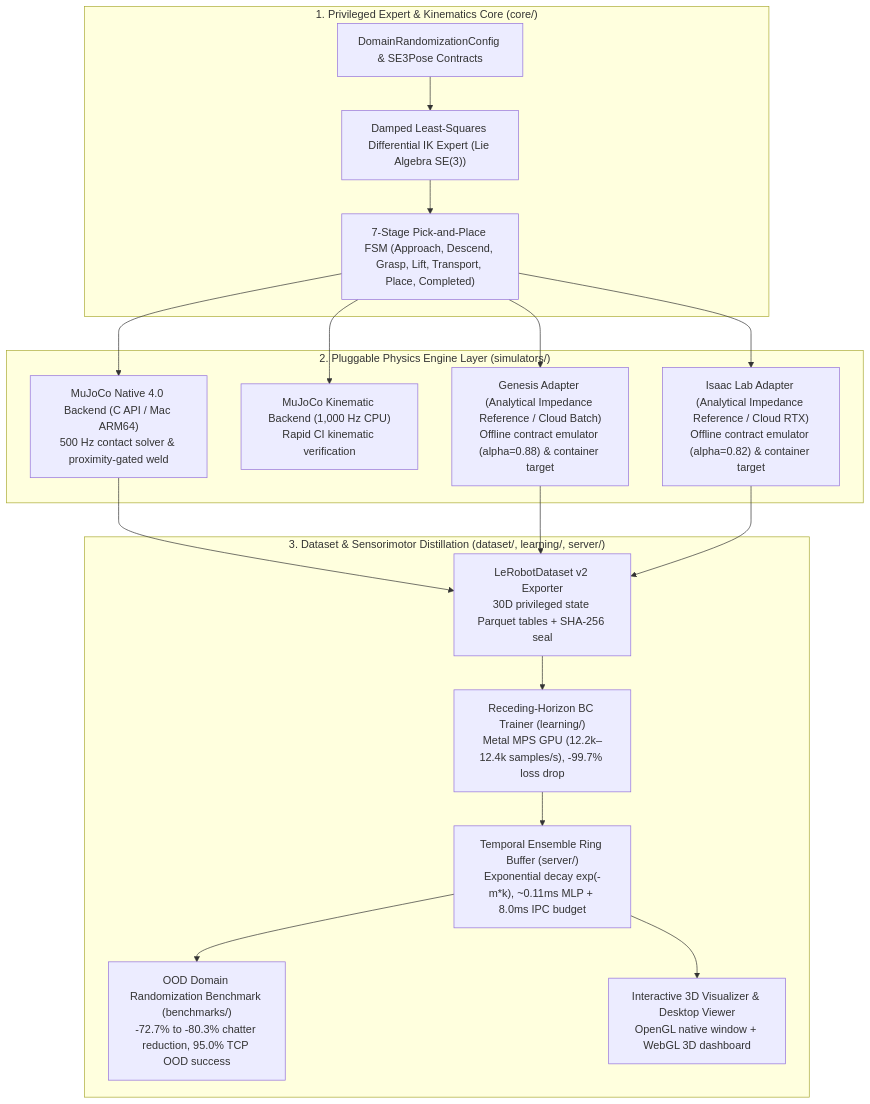
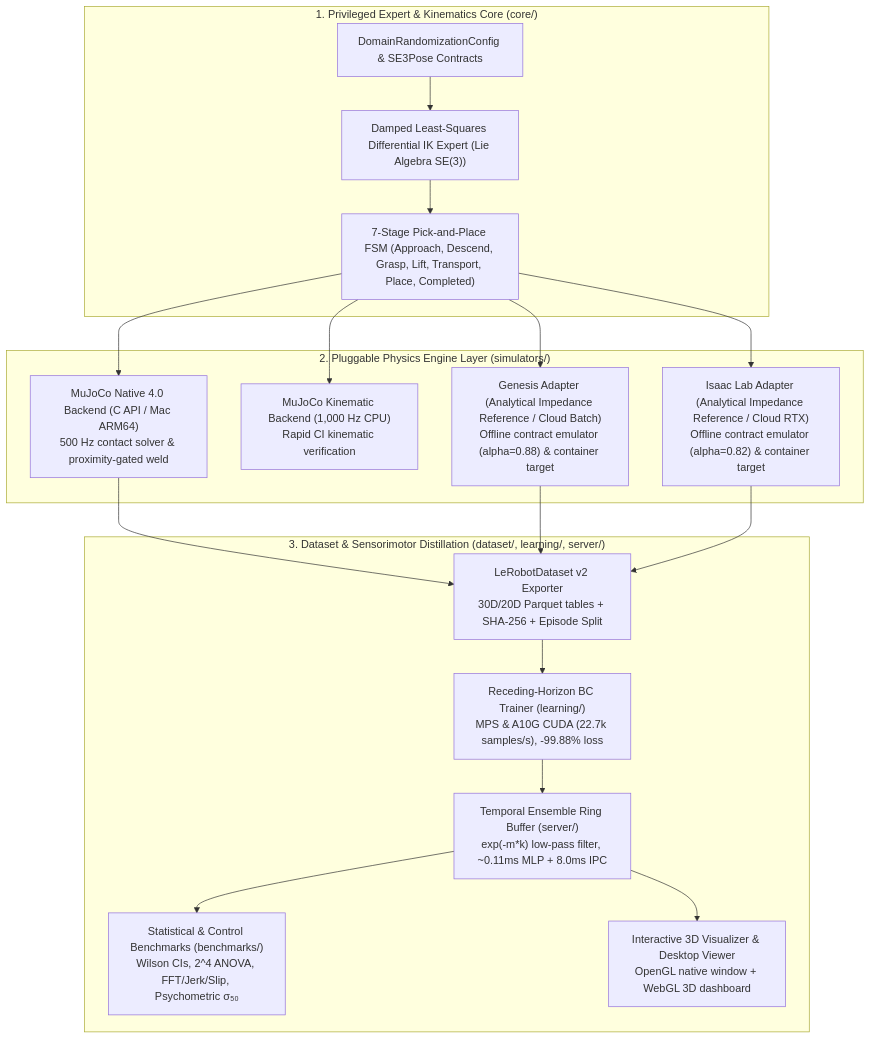
The diagram in README.md (LeanoA/sim2real-data-engine), drawn with Mermaid before and after one commit. The commit also changed other lines of this file, not shown here.

Commit message:
docs(readme): align README with Modules 1-4 diagnostics, ANOVA, and cloud runs

````diff
--- a/README.md
+++ b/README.md
@@ -101,26 +109,26 @@
 ```mermaid
 flowchart TD
     subgraph Core["1. Privileged Expert & Kinematics Core (core/)"]
         CFG["DomainRandomizationConfig & SE3Pose Contracts"]
         IK["Damped Least-Squares Differential IK Expert (Lie Algebra SE(3))"]
         FSM["7-Stage Pick-and-Place FSM (Approach, Descend, Grasp, Lift, Transport, Place, Completed)"]
         CFG --> IK --> FSM
     end
 
     subgraph Backends["2. Pluggable Physics Engine Layer (simulators/)"]
         MUJ_NAT["MuJoCo Native 4.0 Backend (C API / Mac ARM64)<br/>500 Hz contact solver & proximity-gated weld"]
         MUJ_KIN["MuJoCo Kinematic Backend (1,000 Hz CPU)<br/>Rapid CI kinematic verification"]
         GEN["Genesis Adapter (Analytical Impedance Reference / Cloud Batch)<br/>Offline contract emulator (alpha=0.88) & container target"]
         ISA["Isaac Lab Adapter (Analytical Impedance Reference / Cloud RTX)<br/>Offline contract emulator (alpha=0.82) & container target"]
         FSM --> MUJ_NAT & MUJ_KIN & GEN & ISA
     end
 
     subgraph Pipeline["3. Dataset & Sensorimotor Distillation (dataset/, learning/, server/)"]
-        LER["LeRobotDataset v2 Exporter<br/>30D privileged state Parquet tables + SHA-256 seal"]
-        TRN["Receding-Horizon BC Trainer (learning/)<br/>Metal MPS GPU (12.2k–12.4k samples/s), -99.7% loss drop"]
-        SRV["Temporal Ensemble Ring Buffer (server/)<br/>Exponential decay exp(-m*k), ~0.11ms MLP + 8.0ms IPC budget"]
-        OOD["OOD Domain Randomization Benchmark (benchmarks/)<br/>-72.7% to -80.3% chatter reduction, 95.0% TCP OOD success"]
+        LER["LeRobotDataset v2 Exporter<br/>30D/20D Parquet tables + SHA-256 + Episode Split"]
+        TRN["Receding-Horizon BC Trainer (learning/)<br/>MPS & A10G CUDA (22.7k samples/s), -99.88% loss"]
+        SRV["Temporal Ensemble Ring Buffer (server/)<br/>exp(-m*k) low-pass filter, ~0.11ms MLP + 8.0ms IPC"]
+        OOD["Statistical & Control Benchmarks (benchmarks/)<br/>Wilson CIs, 2^4 ANOVA, FFT/Jerk/Slip, Psychometric σ₅₀"]
         VIS["Interactive 3D Visualizer & Desktop Viewer<br/>OpenGL native window + WebGL 3D dashboard"]
         MUJ_NAT & GEN & ISA --> LER --> TRN --> SRV --> OOD & VIS
     end
 ```
````
